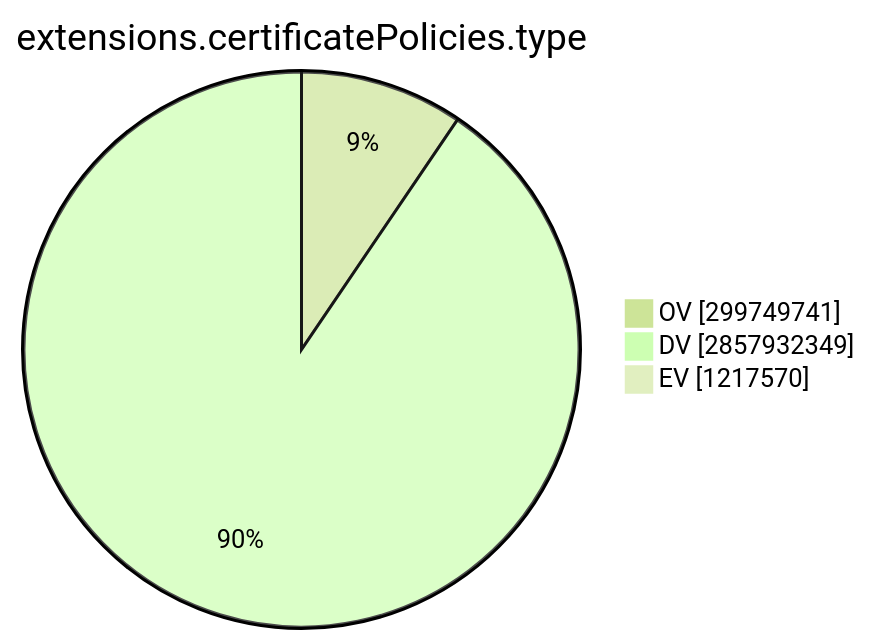
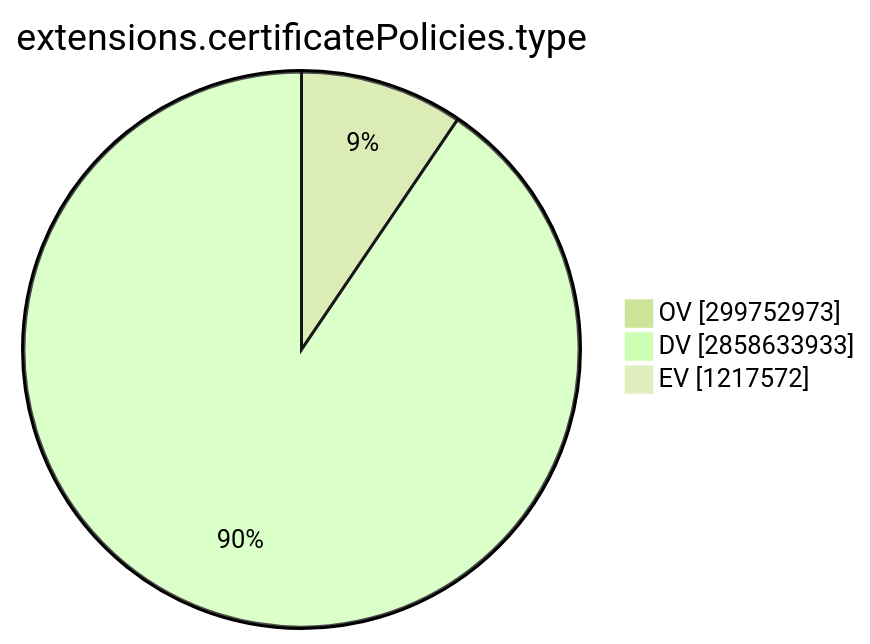
The ninth of 15 diagrams in TOTAL/README.md (christiankrug/ctmonitor_visualization), drawn with Mermaid (forest theme) before and after one commit. The commit also changed other lines of this file, not shown here.

````diff
--- a/TOTAL/README.md
+++ b/TOTAL/README.md
@@ -3101,7 +3101,7 @@
 ```mermaid
 pie showData
 title extensions.certificatePolicies.type
-"OV" :299749741
-"DV" :2857932349
-"EV" :1217570
+"OV" :299752973
+"DV" :2858633933
+"EV" :1217572
 ```
````
